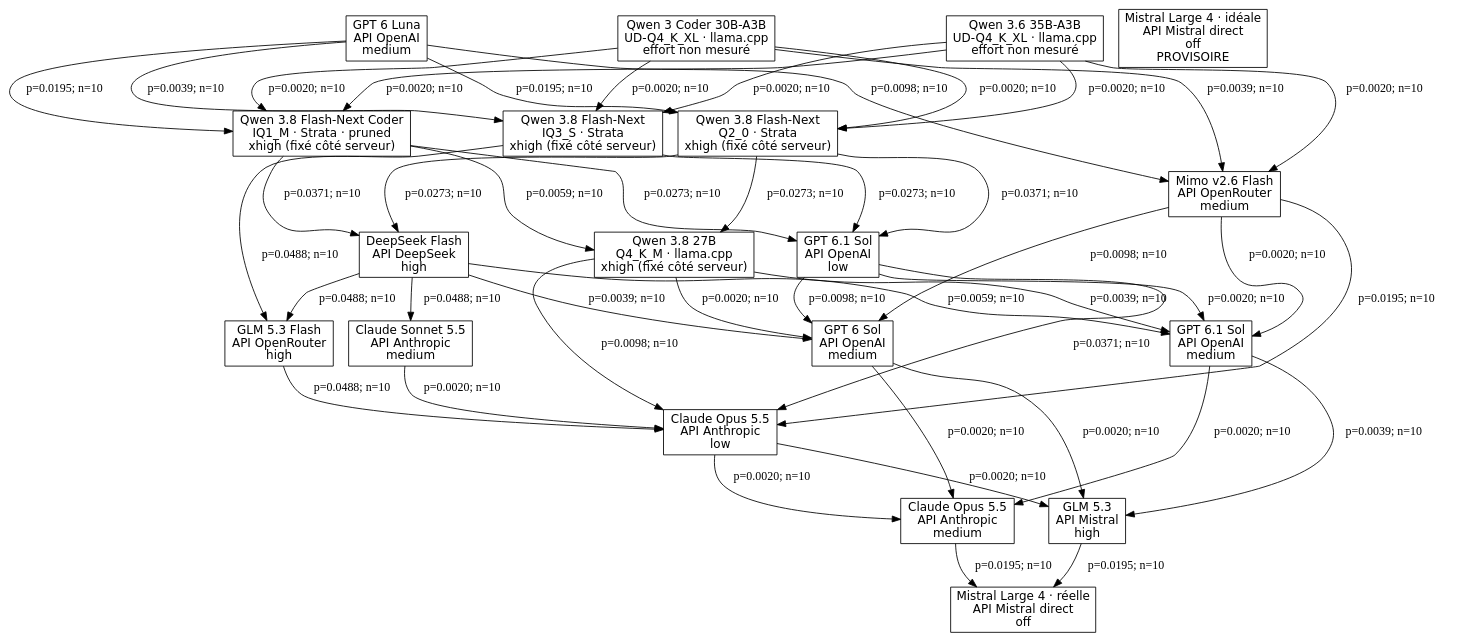
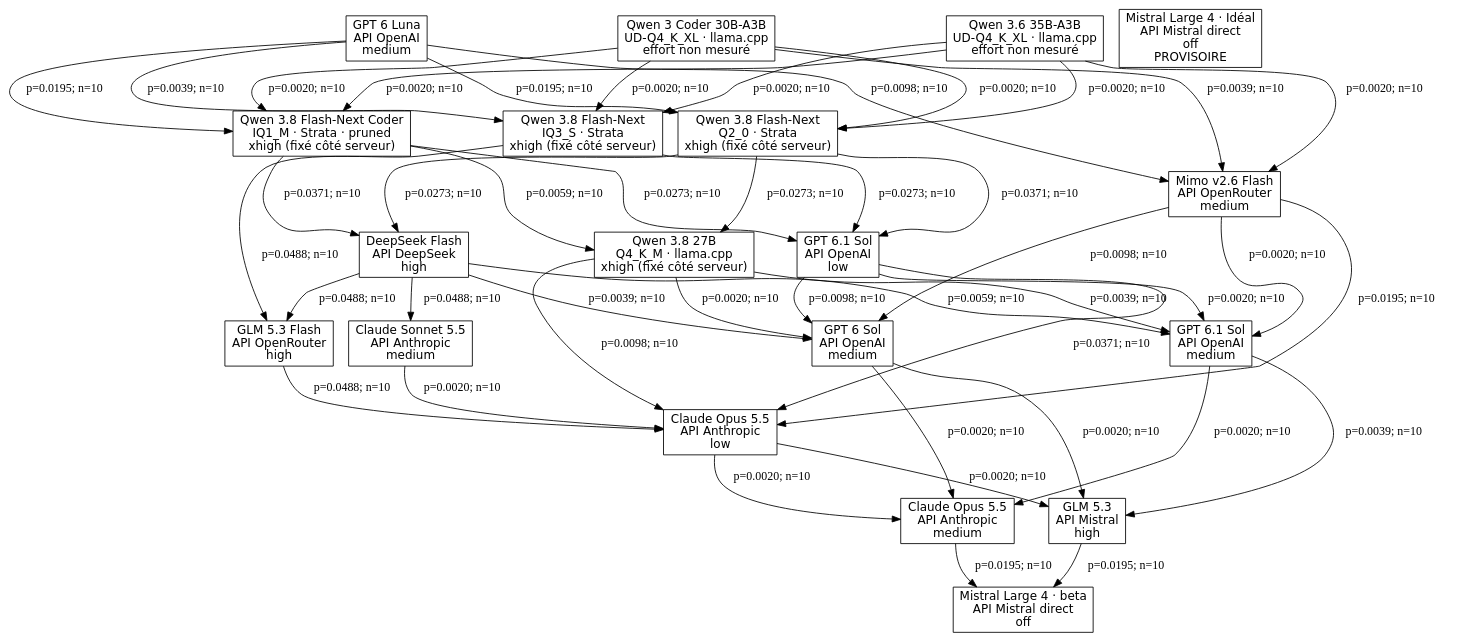
Before and after one commit to MinhHaDuong/ImperialDragonHarness: the diagram in docs/tournament-graphs/cost_usd.dot, drawn with Graphviz. The commit also changed 11 other files, not shown here.

Commit message:
Rename Mistral graph series to Ideal and beta

```diff
--- a/docs/tournament-graphs/cost_usd.dot
+++ b/docs/tournament-graphs/cost_usd.dot
@@ -1,66 +1,66 @@
 digraph G {
 rankdir=TB;
 node [shape=box, fontname="DejaVu Sans"];
 a [label="Qwen 3.8 27B\nQ4_K_M · llama.cpp\nxhigh (fixé côté serveur)"];
 b [label="Qwen 3.8 Flash-Next Coder\nIQ1_M · Strata · pruned\nxhigh (fixé côté serveur)"];
 b2 [label="Qwen 3.8 Flash-Next\nIQ3_S · Strata\nxhigh (fixé côté serveur)"];
 b3 [label="Qwen 3.8 Flash-Next\nQ2_0 · Strata\nxhigh (fixé côté serveur)"];
 c [label="Qwen 3.6 35B-A3B\nUD-Q4_K_XL · llama.cpp\neffort non mesuré"];
 c2 [label="Qwen 3 Coder 30B-A3B\nUD-Q4_K_XL · llama.cpp\neffort non mesuré"];
 d [label="Claude Opus 5.5\nAPI Anthropic\nmedium"];
 d2 [label="Claude Opus 5.5\nAPI Anthropic\nlow"];
 e [label="GPT 6 Sol\nAPI OpenAI\nmedium"];
 e2 [label="GPT 6.1 Sol\nAPI OpenAI\nlow"];
 e3 [label="GPT 6.1 Sol\nAPI OpenAI\nmedium"];
 f [label="GLM 5.3\nAPI Mistral\nhigh"];
 g [label="Claude Sonnet 5.5\nAPI Anthropic\nmedium"];
 i [label="DeepSeek Flash\nAPI DeepSeek\nhigh"];
 j [label="GLM 5.3 Flash\nAPI OpenRouter\nhigh"];
 k [label="Mimo v2.6 Flash\nAPI OpenRouter\nmedium"];
 l [label="GPT 6 Luna\nAPI OpenAI\nmedium"];
-mi [label="Mistral Large 4 · idéale\nAPI Mistral direct\noff\nPROVISOIRE"];
-mr [label="Mistral Large 4 · réelle\nAPI Mistral direct\noff"];
+mi [label="Mistral Large 4 · Idéal\nAPI Mistral direct\noff\nPROVISOIRE"];
+mr [label="Mistral Large 4 · beta\nAPI Mistral direct\noff"];
 a -> d2 [label="p=0.0098; n=10"];
 a -> e [label="p=0.0020; n=10"];
 a -> e3 [label="p=0.0039; n=10"];
 b -> a [label="p=0.0059; n=10"];
 b -> e2 [label="p=0.0273; n=10"];
 b -> i [label="p=0.0371; n=10"];
 b2 -> e2 [label="p=0.0273; n=10"];
 b2 -> j [label="p=0.0488; n=10"];
 b3 -> a [label="p=0.0273; n=10"];
 b3 -> e2 [label="p=0.0371; n=10"];
 b3 -> i [label="p=0.0273; n=10"];
 c -> b [label="p=0.0020; n=10"];
 c -> b2 [label="p=0.0020; n=10"];
 c -> b3 [label="p=0.0020; n=10"];
 c -> k [label="p=0.0020; n=10"];
 c2 -> b [label="p=0.0020; n=10"];
 c2 -> b2 [label="p=0.0020; n=10"];
 c2 -> b3 [label="p=0.0020; n=10"];
 c2 -> k [label="p=0.0039; n=10"];
 d -> mr [label="p=0.0195; n=10"];
 d2 -> d [label="p=0.0020; n=10"];
 d2 -> f [label="p=0.0020; n=10"];
 e -> d [label="p=0.0020; n=10"];
 e -> f [label="p=0.0020; n=10"];
 e2 -> d2 [label="p=0.0371; n=10"];
 e2 -> e [label="p=0.0098; n=10"];
 e2 -> e3 [label="p=0.0020; n=10"];
 e3 -> d [label="p=0.0020; n=10"];
 e3 -> f [label="p=0.0039; n=10"];
 f -> mr [label="p=0.0195; n=10"];
 g -> d2 [label="p=0.0020; n=10"];
 i -> e [label="p=0.0039; n=10"];
 i -> e3 [label="p=0.0059; n=10"];
 i -> g [label="p=0.0488; n=10"];
 i -> j [label="p=0.0488; n=10"];
 j -> d2 [label="p=0.0488; n=10"];
 k -> d2 [label="p=0.0195; n=10"];
 k -> e [label="p=0.0098; n=10"];
 k -> e3 [label="p=0.0020; n=10"];
 l -> b [label="p=0.0195; n=10"];
 l -> b2 [label="p=0.0039; n=10"];
 l -> b3 [label="p=0.0195; n=10"];
 l -> k [label="p=0.0098; n=10"];
 }
```
